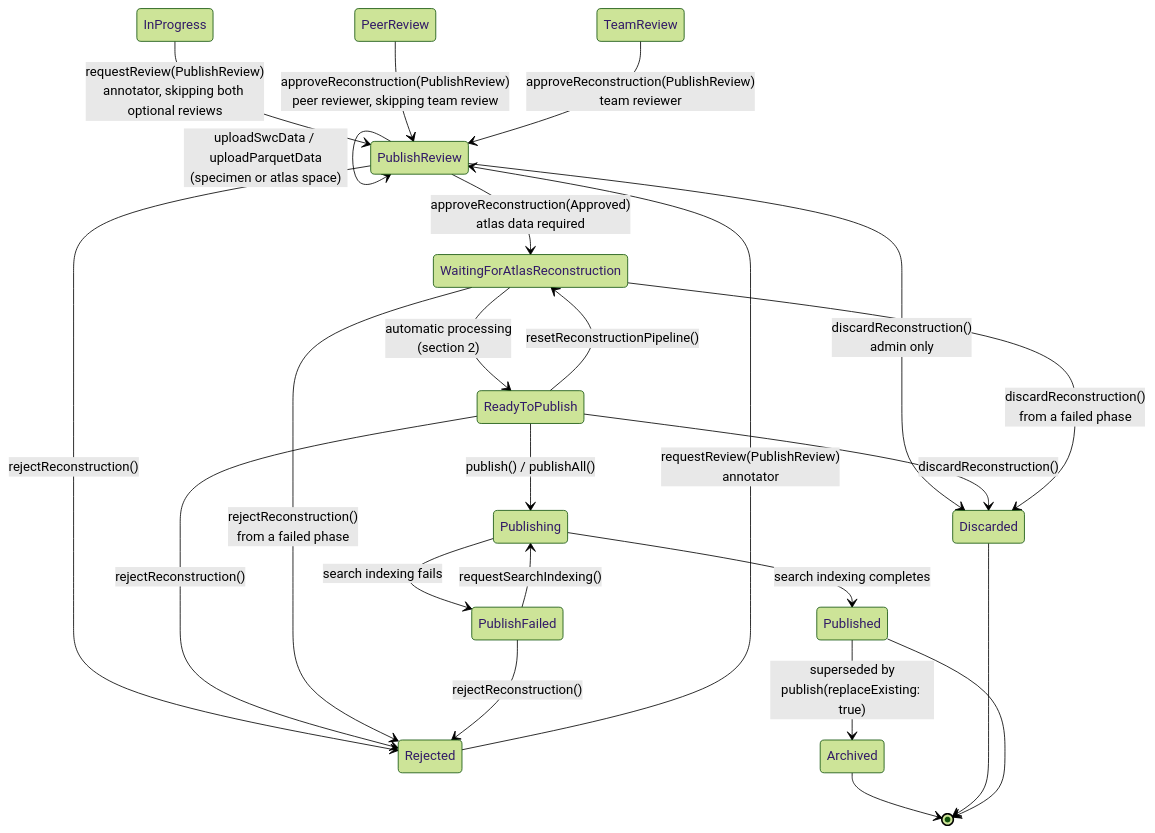
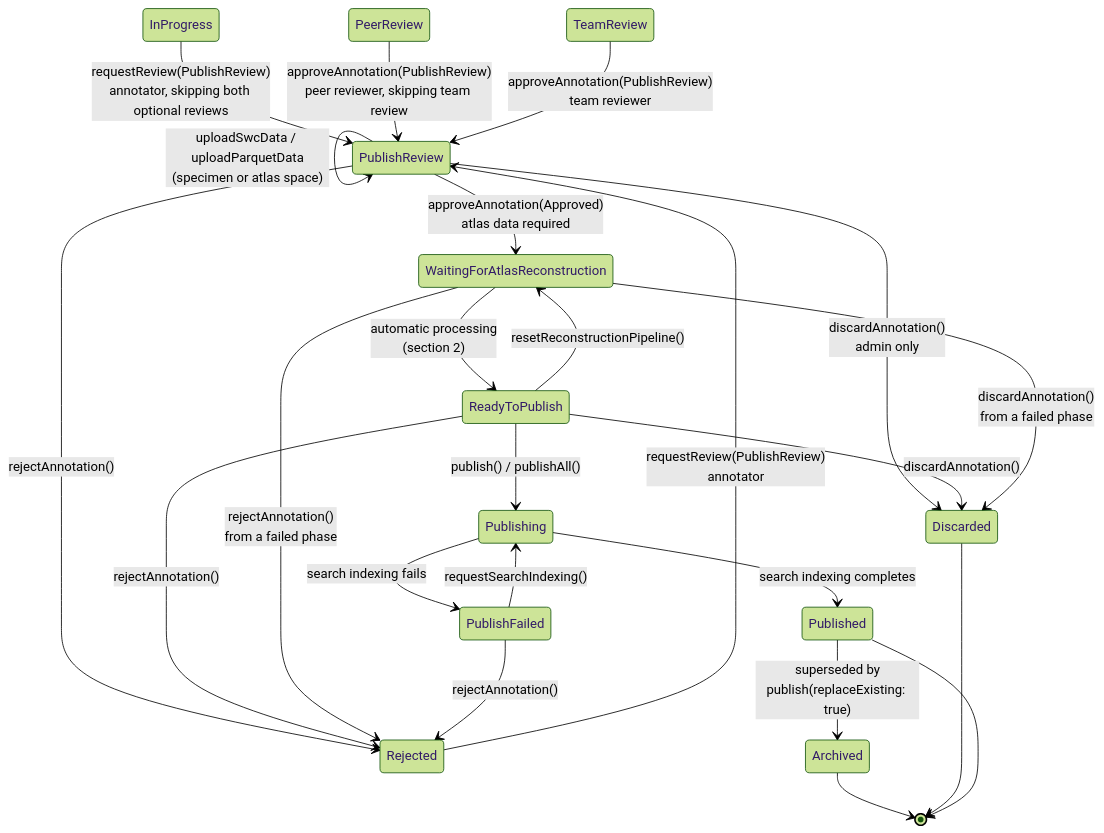
One commit to AllenNeuralDynamics/nmcp-api changed the fifth of 8 diagrams in doc/publish-workflow.md. Above: the diagram before and after it, drawn with Mermaid (forest theme). The commit also changed other lines of this file and 70 other files, not shown here.

Commit message:
Update data model for annotation/specimen-space reconstruction.

````diff
--- a/doc/publish-workflow.md
+++ b/doc/publish-workflow.md
@@ -590,34 +615,34 @@
 ```mermaid
 stateDiagram-v2
     direction TB
     InProgress --> PublishReview: requestReview(PublishReview)<br/>annotator, skipping both optional reviews
     Rejected --> PublishReview: requestReview(PublishReview)<br/>annotator
-    PeerReview --> PublishReview: approveReconstruction(PublishReview)<br/>peer reviewer, skipping team review
-    TeamReview --> PublishReview: approveReconstruction(PublishReview)<br/>team reviewer
+    PeerReview --> PublishReview: approveAnnotation(PublishReview)<br/>peer reviewer, skipping team review
+    TeamReview --> PublishReview: approveAnnotation(PublishReview)<br/>team reviewer
 
     PublishReview --> PublishReview: uploadSwcData / uploadParquetData<br/>(specimen or atlas space)
-    PublishReview --> WaitingForAtlasReconstruction: approveReconstruction(Approved)<br/>atlas data required
+    PublishReview --> WaitingForAtlasReconstruction: approveAnnotation(Approved)<br/>atlas data required
 
     WaitingForAtlasReconstruction --> ReadyToPublish: automatic processing<br/>(section 2)
     ReadyToPublish --> WaitingForAtlasReconstruction: resetReconstructionPipeline()
 
     ReadyToPublish --> Publishing: publish() / publishAll()
     Publishing --> Published: search indexing completes
     Publishing --> PublishFailed: search indexing fails
     PublishFailed --> Publishing: requestSearchIndexing()
 
     Published --> Archived: superseded by<br/>publish(replaceExisting: true)
 
-    PublishReview --> Rejected: rejectReconstruction()
-    ReadyToPublish --> Rejected: rejectReconstruction()
-    WaitingForAtlasReconstruction --> Rejected: rejectReconstruction()<br/>from a failed phase
-    PublishFailed --> Rejected: rejectReconstruction()
+    PublishReview --> Rejected: rejectAnnotation()
+    ReadyToPublish --> Rejected: rejectAnnotation()
+    WaitingForAtlasReconstruction --> Rejected: rejectAnnotation()<br/>from a failed phase
+    PublishFailed --> Rejected: rejectAnnotation()
 
-    PublishReview --> Discarded: discardReconstruction()<br/>admin only
-    ReadyToPublish --> Discarded: discardReconstruction()
-    WaitingForAtlasReconstruction --> Discarded: discardReconstruction()<br/>from a failed phase
+    PublishReview --> Discarded: discardAnnotation()<br/>admin only
+    ReadyToPublish --> Discarded: discardAnnotation()
+    WaitingForAtlasReconstruction --> Discarded: discardAnnotation()<br/>from a failed phase
 
     Archived --> [*]
     Discarded --> [*]
     Published --> [*]
 ```
````
